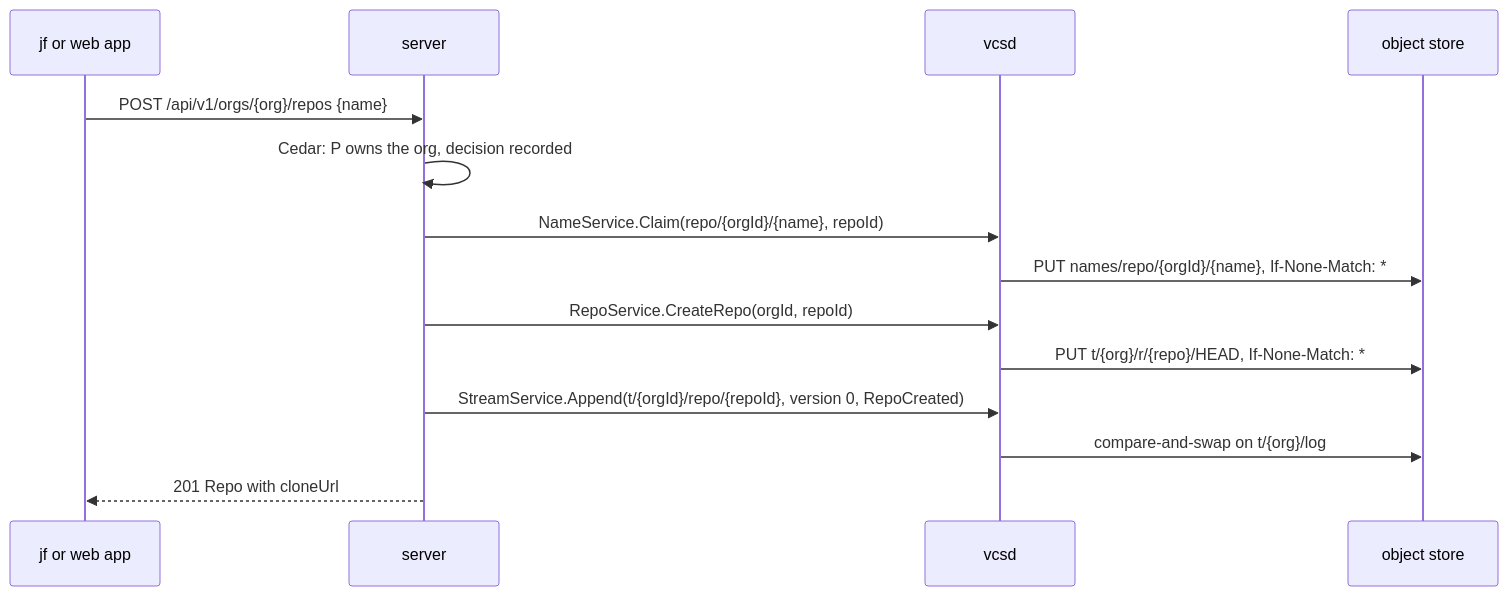
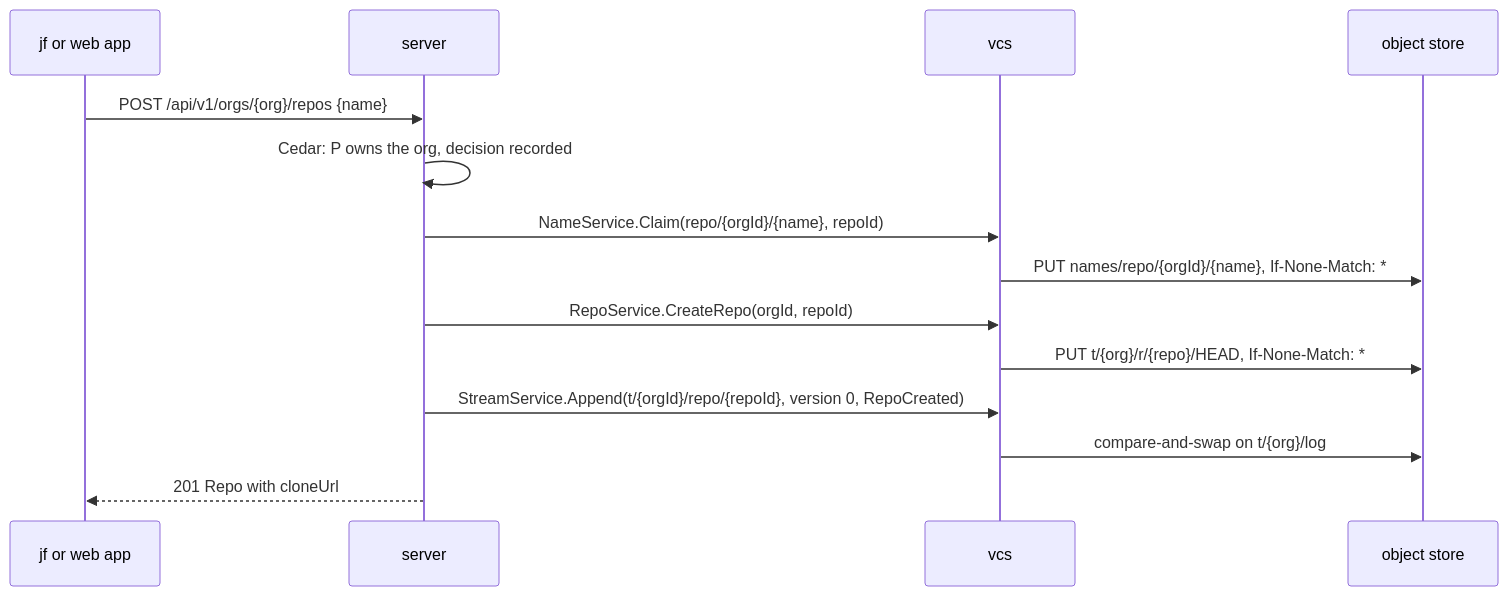
Before and after one commit to nca-apprentices/jjforge: the first of 2 diagrams in shared/docs/design/E10-orgs-and-repos.md, drawn with Mermaid. The commit also changed other lines of this file and 93 other files, not shown here.

First line of the commit message:
refactor!: rename vcsd to vcs and server/ to jvm/

````diff
--- a/shared/docs/design/E10-orgs-and-repos.md
+++ b/shared/docs/design/E10-orgs-and-repos.md
@@ -15,17 +15,17 @@
 ```mermaid
 sequenceDiagram
     participant client as jf or web app
     participant server
-    participant vcsd
+    participant vcs
     participant store as object store
 
     client->>server: POST /api/v1/orgs/{org}/repos {name}
     server->>server: Cedar: P owns the org, decision recorded
-    server->>vcsd: NameService.Claim(repo/{orgId}/{name}, repoId)
-    vcsd->>store: PUT names/repo/{orgId}/{name}, If-None-Match: *
-    server->>vcsd: RepoService.CreateRepo(orgId, repoId)
-    vcsd->>store: PUT t/{org}/r/{repo}/HEAD, If-None-Match: *
-    server->>vcsd: StreamService.Append(t/{orgId}/repo/{repoId}, version 0, RepoCreated)
-    vcsd->>store: compare-and-swap on t/{org}/log
+    server->>vcs: NameService.Claim(repo/{orgId}/{name}, repoId)
+    vcs->>store: PUT names/repo/{orgId}/{name}, If-None-Match: *
+    server->>vcs: RepoService.CreateRepo(orgId, repoId)
+    vcs->>store: PUT t/{org}/r/{repo}/HEAD, If-None-Match: *
+    server->>vcs: StreamService.Append(t/{orgId}/repo/{repoId}, version 0, RepoCreated)
+    vcs->>store: compare-and-swap on t/{org}/log
     server-->>client: 201 Repo with cloneUrl
 ```
````
